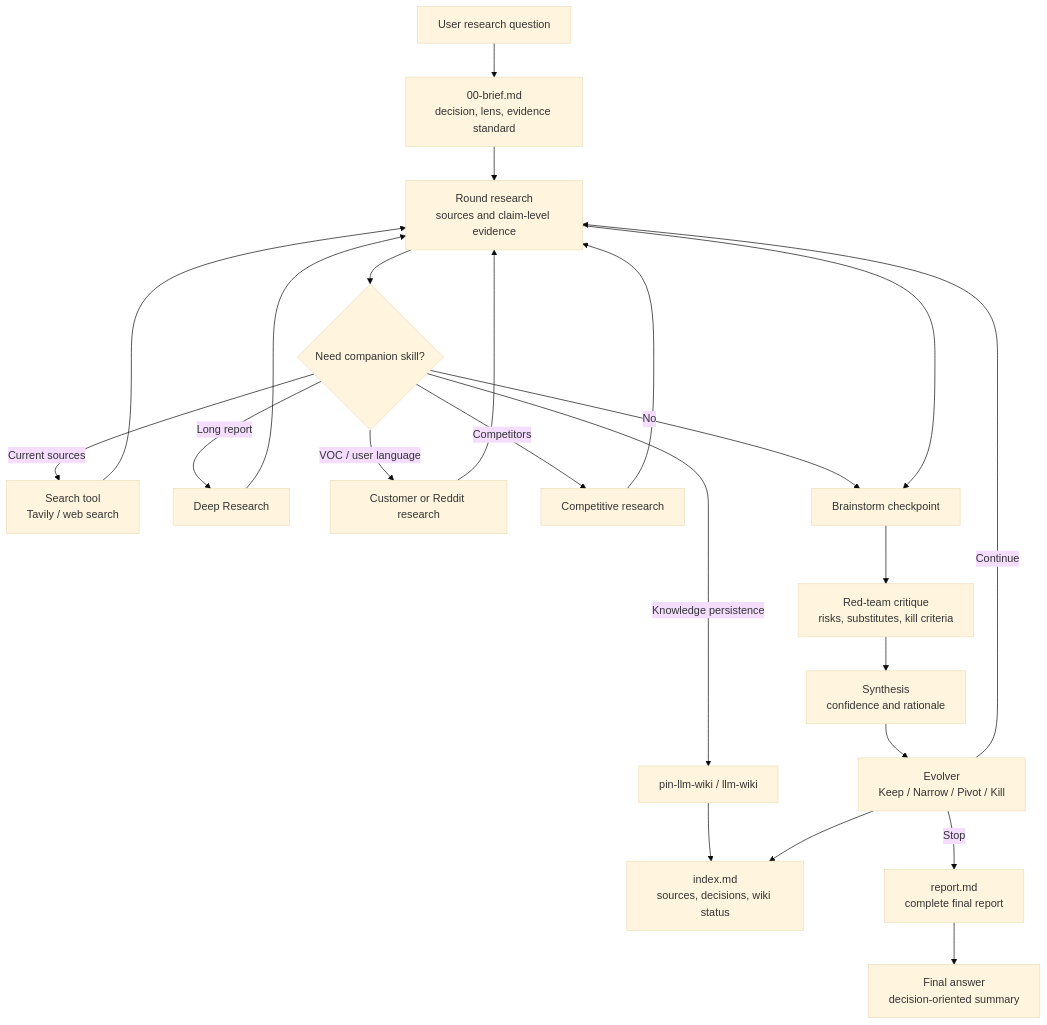
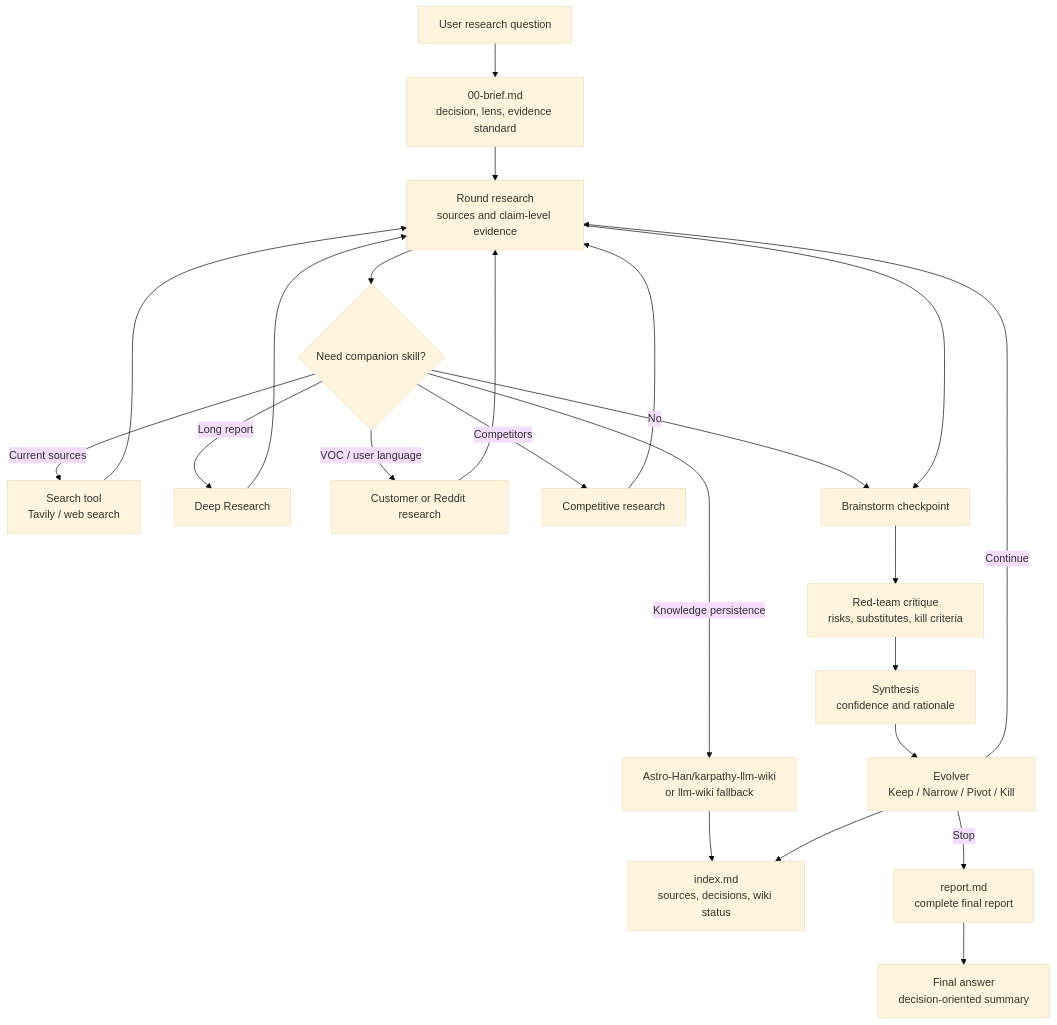
One commit to GoatGit/super-survey changed the diagram in README.md. Above: the diagram before and after it, drawn with Mermaid (base theme). The commit also changed other lines of this file and 3 other files, not shown here.

Commit message:
Update LLM wiki companion routing

````diff
--- a/README.md
+++ b/README.md
@@ -110,25 +110,25 @@
 ```mermaid
 flowchart TD
     A[User research question] --> B[00-brief.md<br/>decision, lens, evidence standard]
     B --> C[Round research<br/>sources and claim-level evidence]
     C --> D{Need companion skill?}
     D -->|Current sources| D1[Search tool<br/>Tavily / web search]
     D -->|Long report| D2[Deep Research]
     D -->|VOC / user language| D3[Customer or Reddit research]
     D -->|Competitors| D4[Competitive research]
-    D -->|Knowledge persistence| D5[pin-llm-wiki / llm-wiki]
+    D -->|Knowledge persistence| D5[Astro-Han/karpathy-llm-wiki<br/>or llm-wiki fallback]
     D -->|No| E[Brainstorm checkpoint]
     D1 --> C
     D2 --> C
     D3 --> C
     D4 --> C
     D5 --> I[index.md]
     C --> E[Brainstorm checkpoint]
     E --> F[Red-team critique<br/>risks, substitutes, kill criteria]
     F --> G[Synthesis<br/>confidence and rationale]
     G --> H[Evolver<br/>Keep / Narrow / Pivot / Kill]
     H --> I[index.md<br/>sources, decisions, wiki status]
     H -->|Continue| C
     H -->|Stop| J[report.md<br/>complete final report]
     J --> K[Final answer<br/>decision-oriented summary]
 ```
````
